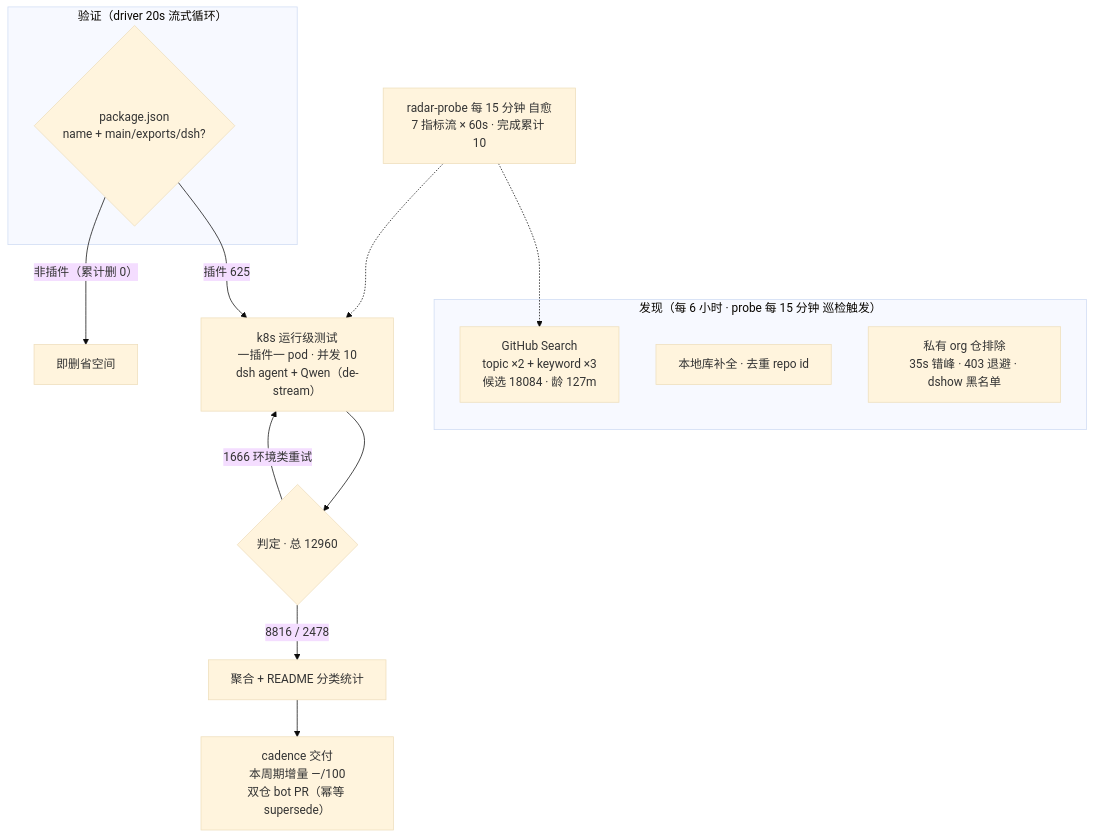
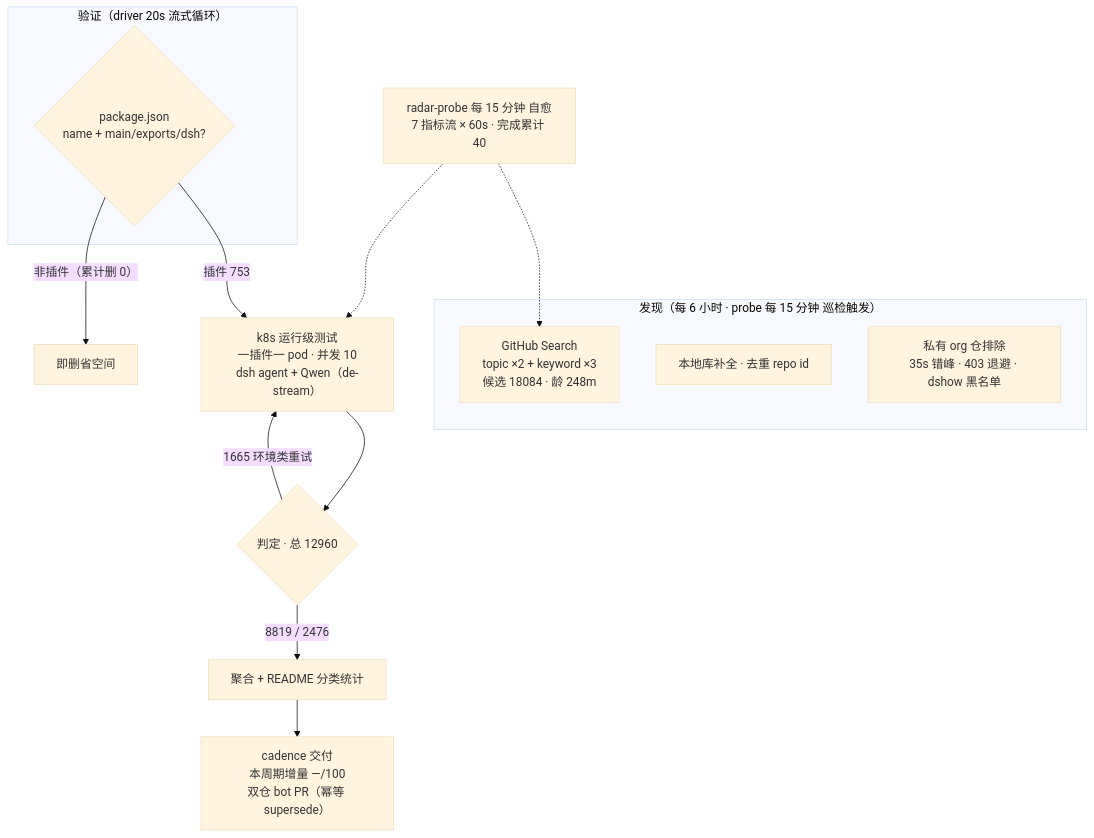
The diagram in README.md (Zhidao-Lab-OSS/awesome-dsh-plugins), drawn with Mermaid (base theme) before and after one commit. The commit also changed other lines of this file and 1 other file, not shown here.

````diff
--- a/README.md
+++ b/README.md
@@ -52,20 +52,20 @@
 ```mermaid
 flowchart TB
     subgraph Discovery["发现（每 6 小时 · probe 每 15 分钟 巡检触发）"]
-        A1["GitHub Search<br/>topic ×2 + keyword ×3<br/>候选 18084 · 龄 127m"]
+        A1["GitHub Search<br/>topic ×2 + keyword ×3<br/>候选 18084 · 龄 248m"]
         A2["本地库补全 · 去重 repo id"]
         A3["私有 org 仓排除<br/>35s 错峰 · 403 退避 · dshow 黑名单"]
     end
     subgraph Validation["验证（driver 20s 流式循环）"]
         B1{"package.json<br/>name + main/exports/dsh?"}
     end
-    B1 -->|"插件 625"| C1["k8s 运行级测试<br/>一插件一 pod · 并发 10<br/>dsh agent + Qwen（de-stream）"]
+    B1 -->|"插件 753"| C1["k8s 运行级测试<br/>一插件一 pod · 并发 10<br/>dsh agent + Qwen（de-stream）"]
     B1 -->|"非插件（累计删 0）"| B3["即删省空间"]
     C1 --> D1{"判定 · 总 12960"}
-    D1 -->|"8816 / 2478"| E1["聚合 + README 分类统计"]
-    D1 -->|"1666 环境类重试"| C1
+    D1 -->|"8819 / 2476"| E1["聚合 + README 分类统计"]
+    D1 -->|"1665 环境类重试"| C1
     E1 --> E2["cadence 交付<br/>本周期增量 —/100<br/>双仓 bot PR（幂等 supersede）"]
-    M["radar-probe 每 15 分钟 自愈<br/>7 指标流 × 60s · 完成累计 10"]
+    M["radar-probe 每 15 分钟 自愈<br/>7 指标流 × 60s · 完成累计 40"]
     M -.-> A1
     M -.-> C1
 ```
````
